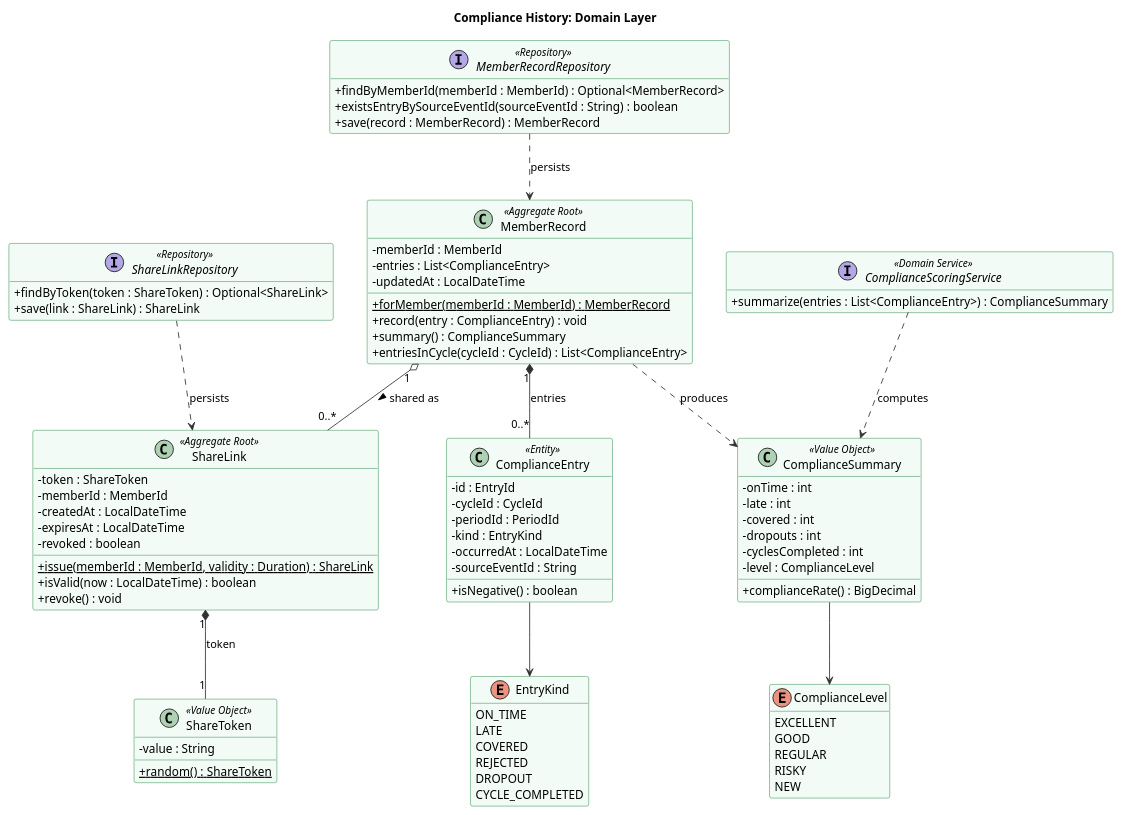
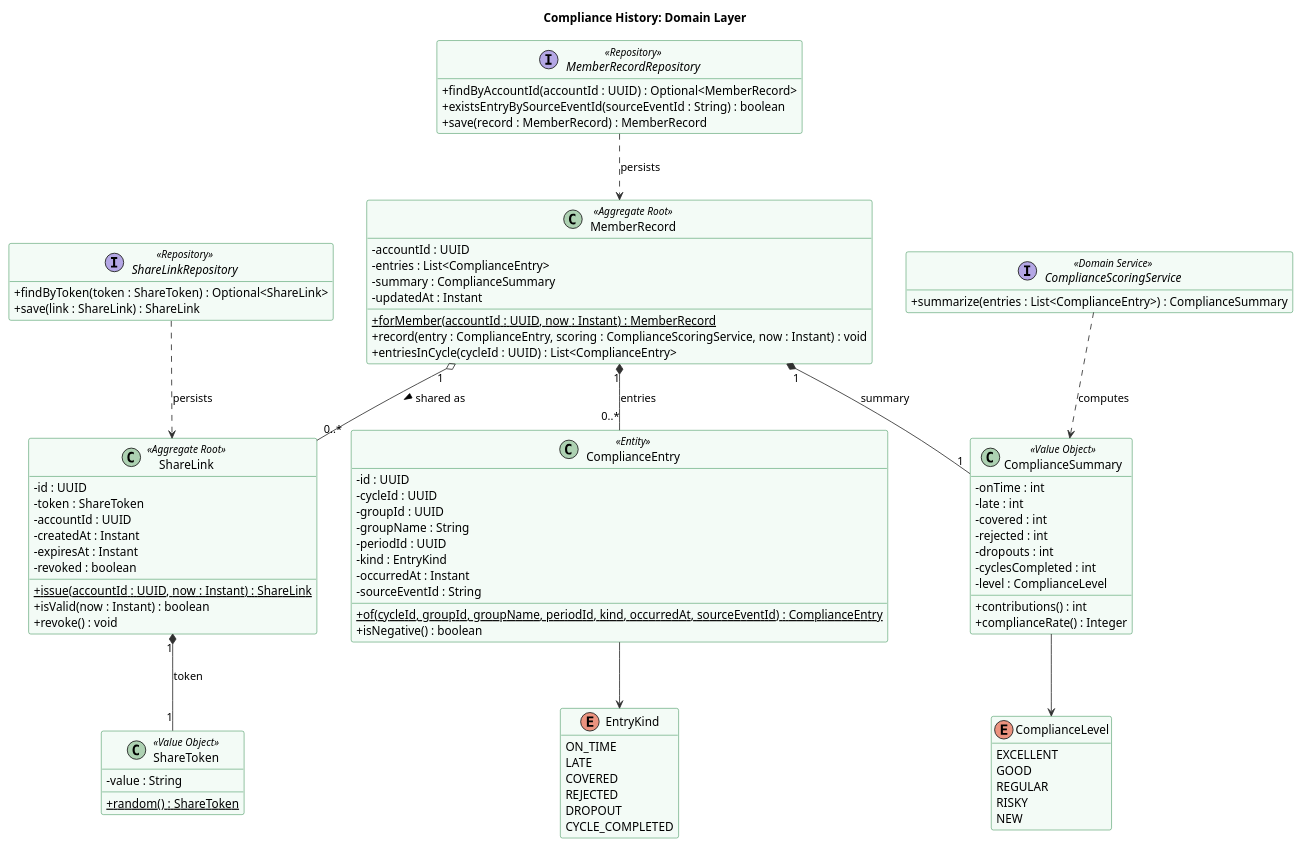
Before and after one commit to kerolabs/pozzo-doc: the diagram in docs/architecture/uml/compliance-history-domain.puml, drawn with PlantUML. The commit also changed 4 other files, not shown here.

Commit message:
fix: align the domain layer class diagrams with the backend

```diff
--- a/docs/architecture/uml/compliance-history-domain.puml
+++ b/docs/architecture/uml/compliance-history-domain.puml
@@ -1,107 +1,113 @@
 @startuml compliance-history-domain
 title Compliance History: Domain Layer
 
 skinparam classAttributeIconSize 0
 skinparam shadowing false
 skinparam nodesep 40
 skinparam ranksep 60
 skinparam class {
   BackgroundColor #F3FBF6
   BorderColor #067429
   ArrowColor #313131
 }
 skinparam enum {
   BackgroundColor #FFFFFF
   BorderColor #8A8A7E
 }
 skinparam interface {
   BackgroundColor #FFFFFF
   BorderColor #8A8A7E
 }
 hide empty members
 
   class MemberRecord <<Aggregate Root>> {
-    - memberId : MemberId
+    - accountId : UUID
     - entries : List<ComplianceEntry>
-    - updatedAt : LocalDateTime
-    + forMember(memberId : MemberId) : MemberRecord {static}
-    + record(entry : ComplianceEntry) : void
-    + summary() : ComplianceSummary
-    + entriesInCycle(cycleId : CycleId) : List<ComplianceEntry>
+    - summary : ComplianceSummary
+    - updatedAt : Instant
+    + forMember(accountId : UUID, now : Instant) : MemberRecord {static}
+    + record(entry : ComplianceEntry, scoring : ComplianceScoringService, now : Instant) : void
+    + entriesInCycle(cycleId : UUID) : List<ComplianceEntry>
   }
 
   class ShareLink <<Aggregate Root>> {
+    - id : UUID
     - token : ShareToken
-    - memberId : MemberId
-    - createdAt : LocalDateTime
-    - expiresAt : LocalDateTime
+    - accountId : UUID
+    - createdAt : Instant
+    - expiresAt : Instant
     - revoked : boolean
-    + issue(memberId : MemberId, validity : Duration) : ShareLink {static}
-    + isValid(now : LocalDateTime) : boolean
+    + issue(accountId : UUID, now : Instant) : ShareLink {static}
+    + isValid(now : Instant) : boolean
     + revoke() : void
   }
 
   class ComplianceEntry <<Entity>> {
-    - id : EntryId
-    - cycleId : CycleId
-    - periodId : PeriodId
+    - id : UUID
+    - cycleId : UUID
+    - groupId : UUID
+    - groupName : String
+    - periodId : UUID
     - kind : EntryKind
-    - occurredAt : LocalDateTime
+    - occurredAt : Instant
     - sourceEventId : String
+    + of(cycleId, groupId, groupName, periodId, kind, occurredAt, sourceEventId) : ComplianceEntry {static}
     + isNegative() : boolean
   }
 
   class ComplianceSummary <<Value Object>> {
     - onTime : int
     - late : int
     - covered : int
+    - rejected : int
     - dropouts : int
     - cyclesCompleted : int
     - level : ComplianceLevel
-    + complianceRate() : BigDecimal
+    + contributions() : int
+    + complianceRate() : Integer
   }
   class ShareToken <<Value Object>> {
     - value : String
     + random() : ShareToken {static}
   }
 
   enum EntryKind {
     ON_TIME
     LATE
     COVERED
     REJECTED
     DROPOUT
     CYCLE_COMPLETED
   }
   enum ComplianceLevel {
     EXCELLENT
     GOOD
     REGULAR
     RISKY
     NEW
   }
 
   interface ComplianceScoringService <<Domain Service>> {
     + summarize(entries : List<ComplianceEntry>) : ComplianceSummary
   }
 
   interface MemberRecordRepository <<Repository>> {
-    + findByMemberId(memberId : MemberId) : Optional<MemberRecord>
+    + findByAccountId(accountId : UUID) : Optional<MemberRecord>
     + existsEntryBySourceEventId(sourceEventId : String) : boolean
     + save(record : MemberRecord) : MemberRecord
   }
   interface ShareLinkRepository <<Repository>> {
     + findByToken(token : ShareToken) : Optional<ShareLink>
     + save(link : ShareLink) : ShareLink
   }
 
 MemberRecord "1" *-- "0..*" ComplianceEntry : entries
-MemberRecord ..> ComplianceSummary : produces
+MemberRecord "1" *-- "1" ComplianceSummary : summary
 MemberRecord "1" o-- "0..*" ShareLink : shared as >
 ShareLink "1" *-- "1" ShareToken : token
 ComplianceEntry --> EntryKind
 ComplianceSummary --> ComplianceLevel
 ComplianceScoringService ..> ComplianceSummary : computes
 MemberRecordRepository ..> MemberRecord : persists
 ShareLinkRepository ..> ShareLink : persists
 @enduml
```
